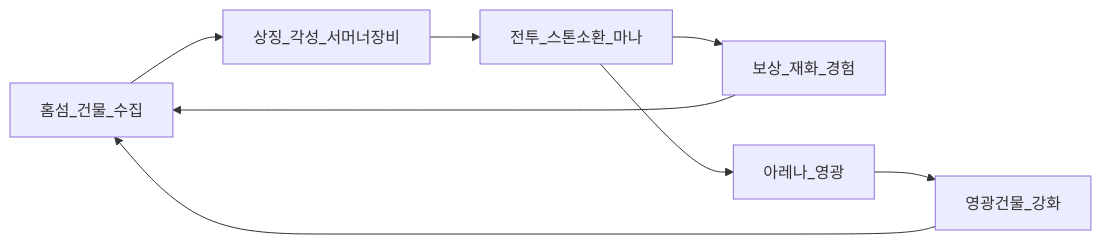
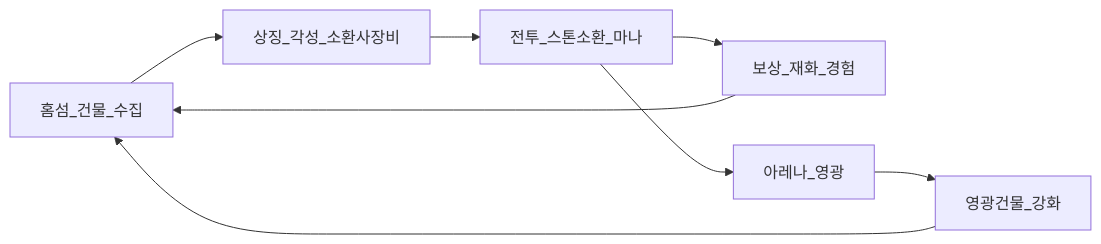
One commit to BlueStarAcademy/stonesummoner changed the diagram in docs/GDD.md. Above: the diagram before and after it, drawn with Mermaid. The commit also changed other lines of this file and 331 other files, not shown here.

````diff
--- a/docs/GDD.md
+++ b/docs/GDD.md
@@ -29,10 +29,10 @@
 ```mermaid
 flowchart LR
-  Home[홈섬_건물_수집] --> Build[상징_각성_서머너장비]
+  Home[홈섬_건물_수집] --> Build[상징_각성_소환사장비]
   Build --> Battle[전투_스톤소환_마나]
   Battle --> Reward[보상_재화_경험]
   Reward --> Home
   Battle --> PvP[아레나_영광]
   PvP --> Glory[영광건물_강화]
   Glory --> Home
 ```
````
